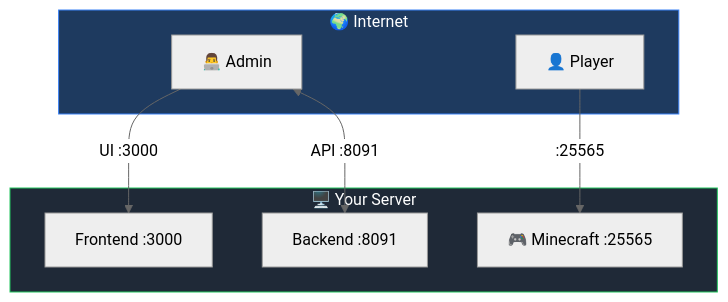
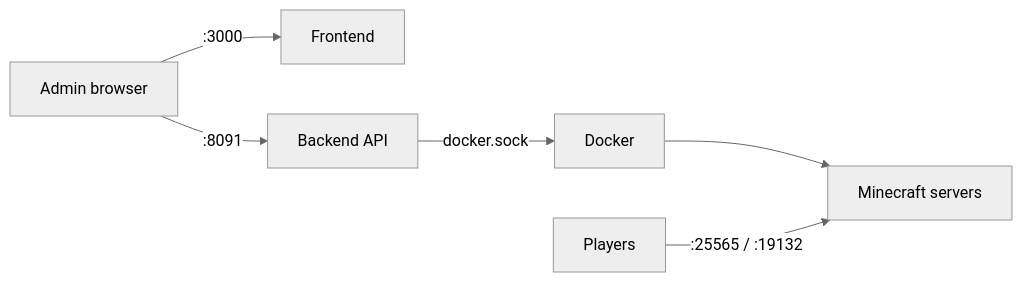
The first of 7 diagrams in doc/networking.md (Ketbome/minepanel), drawn with Mermaid (neutral theme) before and after one commit. The commit also changed other lines of this file and 56 other files, not shown here.

First line of the commit message:
docs: current screenshots and diagrams across the whole site (#333)

````diff
--- a/doc/networking.md
+++ b/doc/networking.md
@@ -12,20 +15,8 @@
 ```mermaid
-flowchart TB
-    subgraph internet["🌍 Internet"]
-        Player["👤 Player"]
-        Admin["👨‍💻 Admin"]
-    end
-
-    subgraph server["🖥️ Your Server"]
-        FE["Frontend :3000"]
-        BE["Backend :8091"]
-        MC["🎮 Minecraft :25565"]
-    end
-
-    Admin -->|"UI :3000"| FE
-    Admin <-->|"API :8091"| BE
-    Player -->|":25565"| MC
-
-    style internet fill:#1e3a5f,stroke:#3b82f6,color:#fff
-    style server fill:#1f2937,stroke:#22c55e,color:#fff
+flowchart LR
+    Admin["Admin browser"] -->|":3000"| FE["Frontend"]
+    Admin -->|":8091"| BE["Backend API"]
+    BE -->|"docker.sock"| D["Docker"]
+    D --> MC["Minecraft servers"]
+    Player["Players"] -->|":25565 / :19132"| MC
 ```
````
